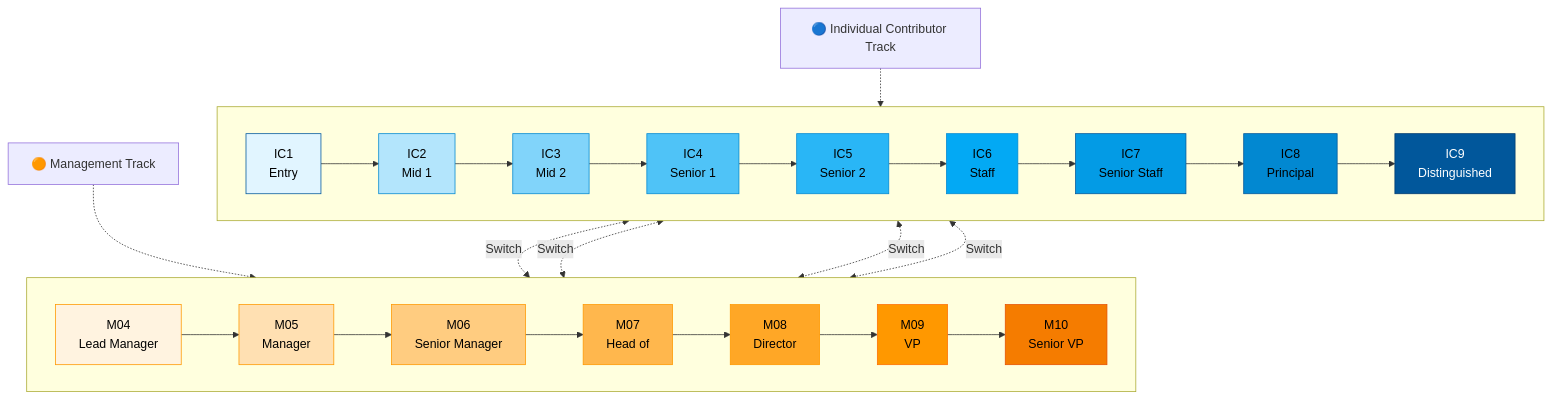
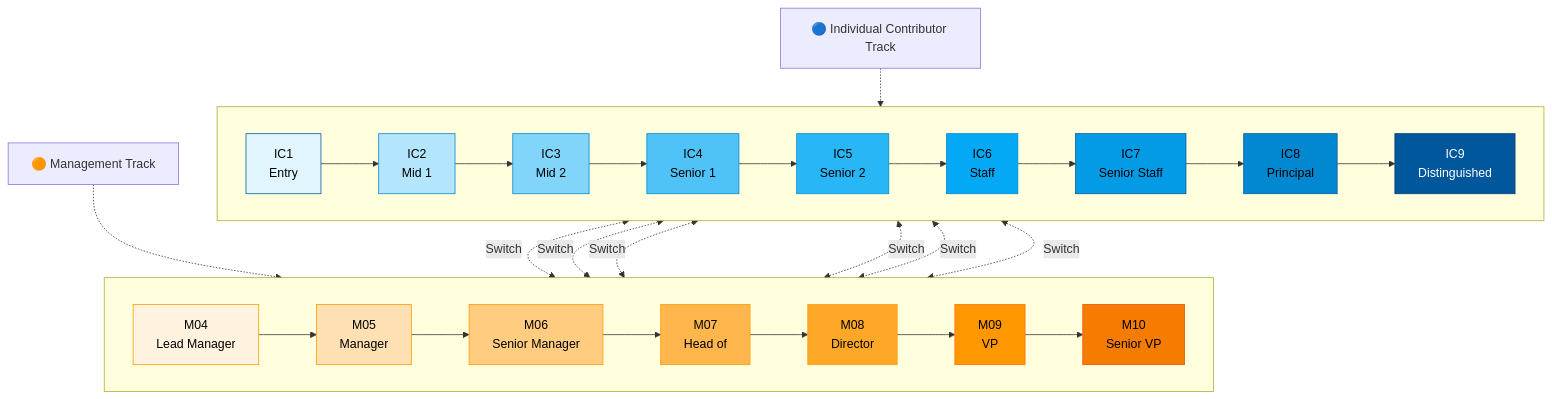
The diagram in docs/en/people/careers/index.md (ultralytics/handbook), drawn with Mermaid before and after one commit. The commit also changed 2 other files, not shown here.

Commit message:
Update banding

````diff
--- a/docs/en/people/careers/index.md
+++ b/docs/en/people/careers/index.md
@@ -21,68 +21,70 @@
 ```mermaid
 flowchart TB
     IC_TITLE["🔵 Individual Contributor Track"]
     MGMT_TITLE["🟠 Management Track"]
 
     subgraph IC [" "]
         direction LR
         IC1["IC1<br/>Entry"] --> IC2["IC2<br/>Mid 1"]
         IC2 --> IC3["IC3<br/>Mid 2"]
         IC3 --> IC4["IC4<br/>Senior 1"]
         IC4 --> IC5["IC5<br/>Senior 2"]
         IC5 --> IC6["IC6<br/>Staff"]
         IC6 --> IC7["IC7<br/>Senior Staff"]
         IC7 --> IC8["IC8<br/>Principal"]
         IC8 --> IC9["IC9<br/>Distinguished"]
     end
 
     subgraph MGMT [" "]
         direction LR
         M04["M04<br/>Lead Manager"] --> M05["M05<br/>Manager"]
         M05 --> M06["M06<br/>Senior Manager"]
         M06 --> M07["M07<br/>Head of"]
         M07 --> M08["M08<br/>Director"]
         M08 --> M09["M09<br/>VP"]
         M09 --> M10["M10<br/>Senior VP"]
     end
 
     IC_TITLE -.-> IC
     MGMT_TITLE -.-> MGMT
 
     IC4 <-.->|Switch| M04
     IC5 <-.->|Switch| M04
     IC5 <-.->|Switch| M05
     IC6 <-.->|Switch| M05
+    IC6 <-.->|Switch| M06
+    IC7 <-.->|Switch| M06
 
     classDef ic1 fill:#e1f5ff,stroke:#01579b,color:#000;
     classDef ic2 fill:#b3e5fc,stroke:#0288d1,color:#000;
     classDef ic3 fill:#81d4fa,stroke:#0288d1,color:#000;
     classDef ic4 fill:#4fc3f7,stroke:#0288d1,color:#000;
     classDef ic5 fill:#29b6f6,stroke:#0288d1,color:#000;
     classDef ic6 fill:#03a9f4,stroke:#0288d1,color:#000;
     classDef ic7 fill:#039be5,stroke:#01579b,color:#000;
     classDef ic8 fill:#0288d1,stroke:#01579b,color:#000;
     classDef ic9 fill:#01579b,stroke:#013b70,color:#fff;
     classDef m04 fill:#fff3e0,stroke:#ff9800,color:#000;
     classDef m05 fill:#ffe0b2,stroke:#ff9800,color:#000;
     classDef m06 fill:#ffcc80,stroke:#ff9800,color:#000;
     classDef m07 fill:#ffb74d,stroke:#ff9800,color:#000;
     classDef m08 fill:#ffa726,stroke:#ff9800,color:#000;
     classDef m09 fill:#ff9800,stroke:#ff6f00,color:#000;
     classDef m10 fill:#f57c00,stroke:#e65100,color:#000;
     class IC1 ic1;
     class IC2 ic2;
     class IC3 ic3;
     class IC4 ic4;
     class IC5 ic5;
     class IC6 ic6;
     class IC7 ic7;
     class IC8 ic8;
     class IC9 ic9;
     class M04 m04;
     class M05 m05;
     class M06 m06;
     class M07 m07;
     class M08 m08;
     class M09 m09;
     class M10 m10;
 ```
````
